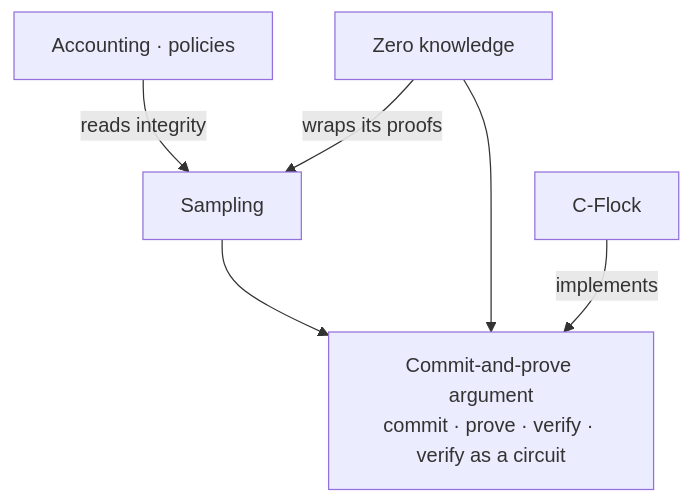
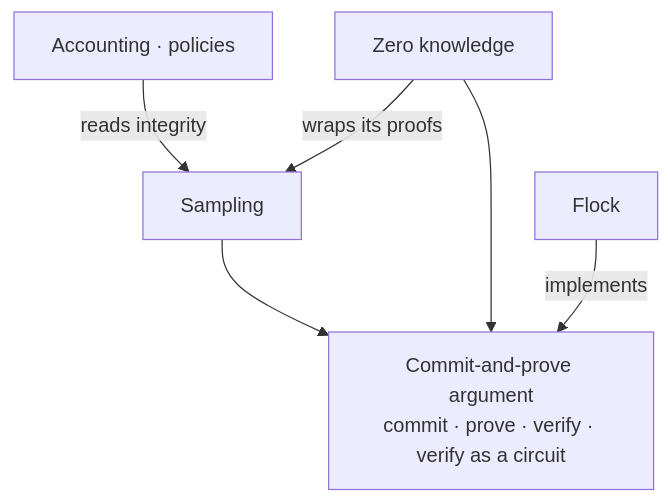
One commit to Geodesic-Fox/verity-docs-staging changed the diagram in docs/content/proof-systems/basic-proofs.md. Above: the diagram before and after it, drawn with Mermaid. The commit also changed other lines of this file and 29 other files, not shown here.

```diff
--- a/docs/content/proof-systems/basic-proofs.md
+++ b/docs/content/proof-systems/basic-proofs.md
@@ -3,13 +3,13 @@
 ~~~mermaid
 flowchart TB
   acc["Accounting · policies"]
   samp["Sampling"]
   zk["Zero knowledge"]
   arg["Commit-and-prove argument<br/>commit · prove · verify · verify as a circuit"]
-  cf["C-Flock"]
+  cf["Flock"]
   acc -->|"reads integrity"| samp
   zk -->|"wraps its proofs"| samp
   samp --> arg
   zk --> arg
   cf -->|"implements"| arg
 ~~~
```
